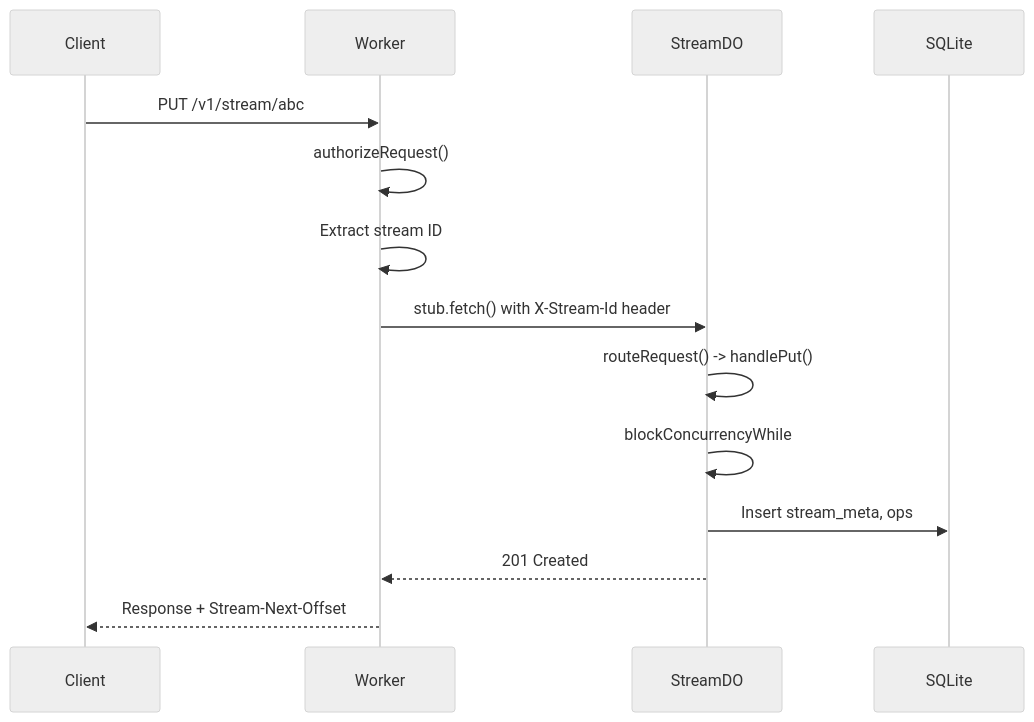
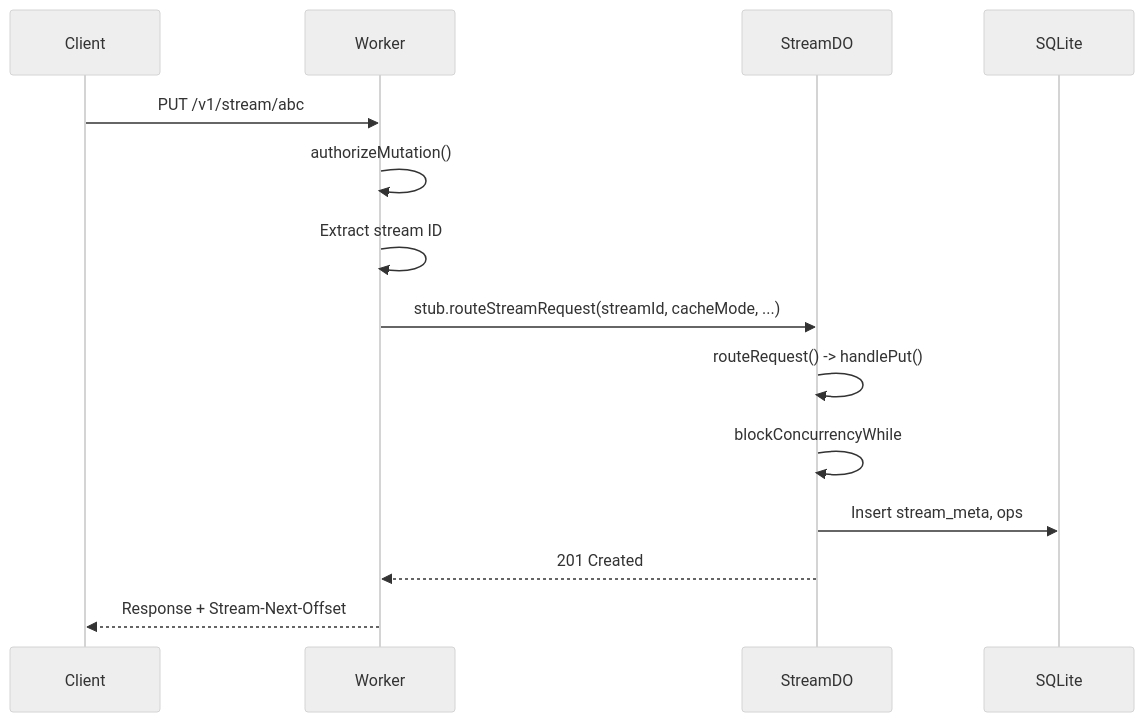
Before and after one commit to commoncurriculum/durable-streams-cloudflare: the first of 5 diagrams in packages/docs/core.md, drawn with Mermaid (neutral theme). The commit also changed other lines of this file and 2 other files, not shown here.

First line of the commit message:
docs: update walkthrough to reflect RPC architecture and pluggable auth

````diff
--- a/packages/docs/core.md
+++ b/packages/docs/core.md
@@ -116,17 +116,17 @@
 ```mermaid
 sequenceDiagram
     participant C as Client
     participant W as Worker
     participant DO as StreamDO
     participant SQL as SQLite
 
     C->>W: PUT /v1/stream/abc
-    W->>W: authorizeRequest()
+    W->>W: authorizeMutation()
     W->>W: Extract stream ID
-    W->>DO: stub.fetch() with X-Stream-Id header
+    W->>DO: stub.routeStreamRequest(streamId, cacheMode, ...)
     DO->>DO: routeRequest() -> handlePut()
     DO->>DO: blockConcurrencyWhile
     DO->>SQL: Insert stream_meta, ops
     DO-->>W: 201 Created
     W-->>C: Response + Stream-Next-Offset
 ```
````
